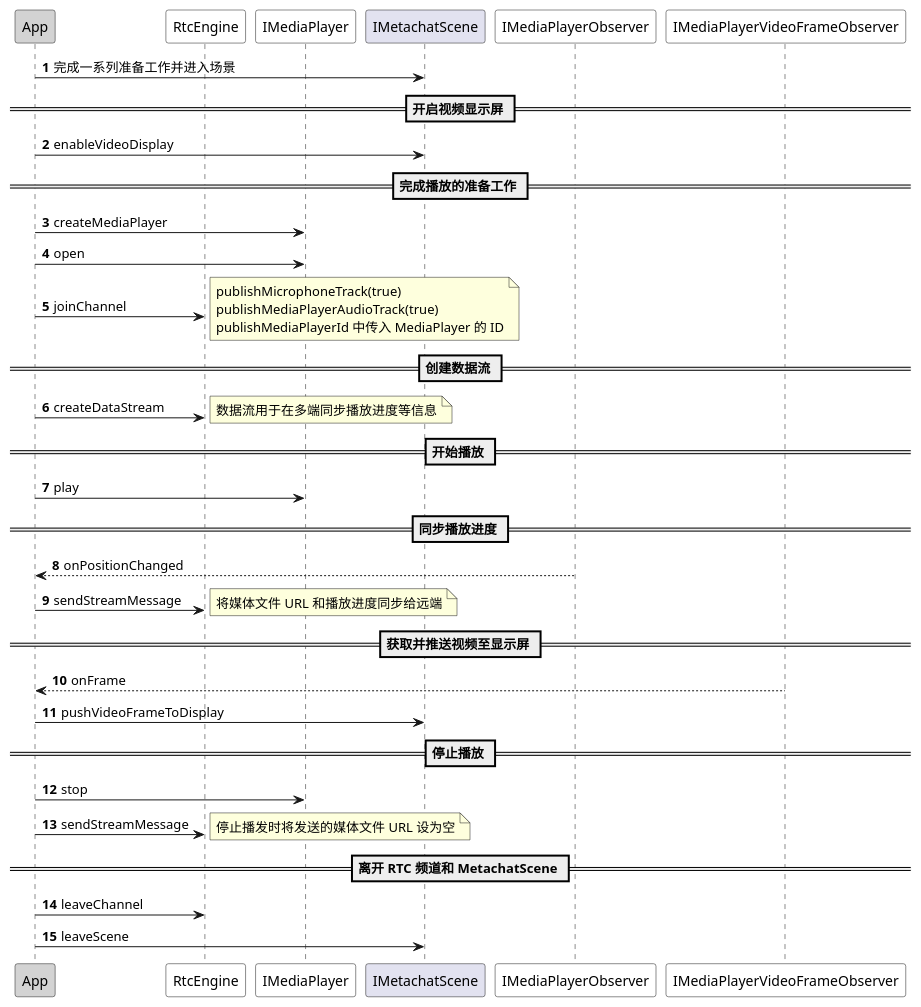
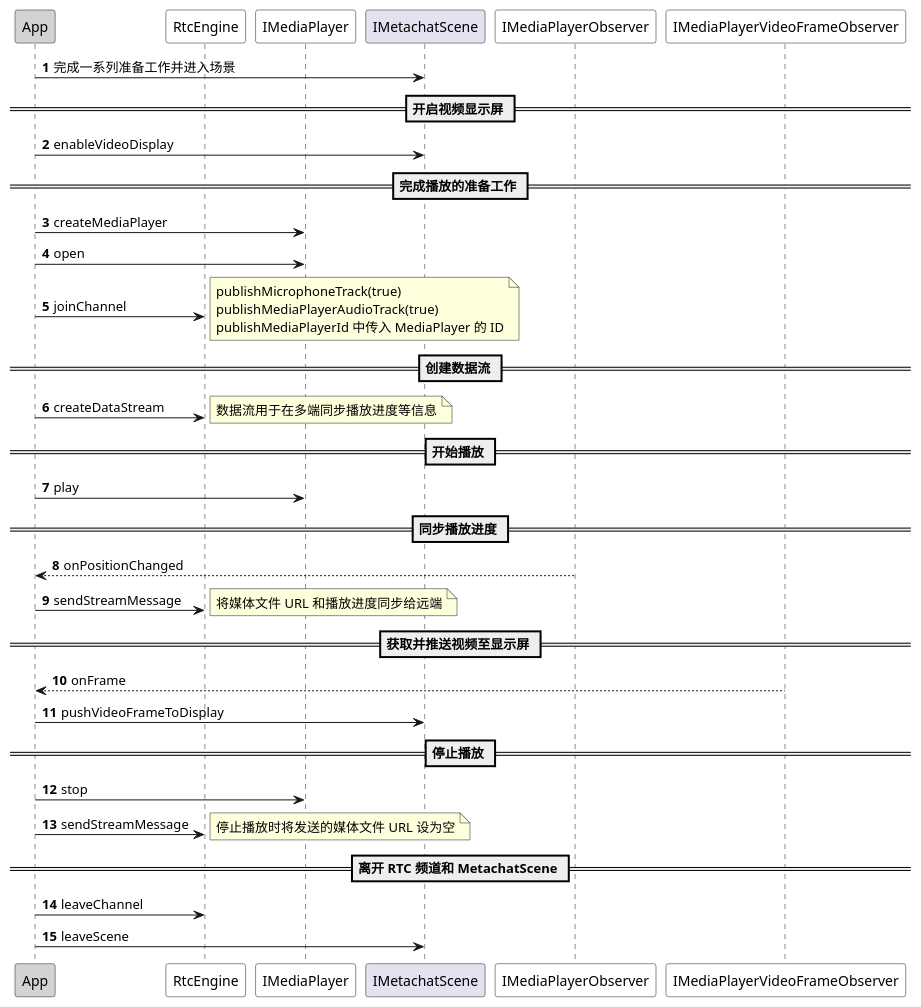
One commit to AgoraIO/agora_doc_source changed the diagram in markdown/metachat/image/ Android/共赏 Android.wsd. Above: the diagram before and after it, drawn with PlantUML. The commit also changed 9 other files, not shown here.

```diff
--- a/markdown/metachat/image/ Android/共赏 Android.wsd
+++ b/markdown/metachat/image/ Android/共赏 Android.wsd
@@ -1,46 +1,46 @@
 @startuml
 autonumber
 participant "App" as a #LightGrey
 participant "RtcEngine" as e #White
 participant "IMediaPlayer" as d #White
 participant "IMetachatScene" as f
 participant "IMediaPlayerObserver" as b #White
 participant "IMediaPlayerVideoFrameObserver" as c #White
 a -> f: 完成一系列准备工作并进入场景
 == 开启视频显示屏 ==
 a -> f: enableVideoDisplay
 == 完成播放的准备工作 ==
 a -> d: createMediaPlayer
 a -> d: open
 a -> e: joinChannel
 note right
 publishMicrophoneTrack(true)
 publishMediaPlayerAudioTrack(true)
 publishMediaPlayerId 中传入 MediaPlayer 的 ID
 end note
 == 创建数据流 ==
 a -> e: createDataStream
 note right
 数据流用于在多端同步播放进度等信息
 end note
 == 开始播放 ==
 a -> d: play
 == 同步播放进度 ==
 b --> a: onPositionChanged
 a -> e: sendStreamMessage
 note right
 将媒体文件 URL 和播放进度同步给远端
 end note
 == 获取并推送视频至显示屏 ==
 c --> a: onFrame
 a -> f: pushVideoFrameToDisplay
 == 停止播放 ==
 a -> d: stop
 a -> e: sendStreamMessage
 note right
-停止播发时将发送的媒体文件 URL 设为空
+停止播放时将发送的媒体文件 URL 设为空
 end note
 == 离开 RTC 频道和 MetachatScene ==
 a -> e: leaveChannel
 a -> f: leaveScene
 @enduml
```
